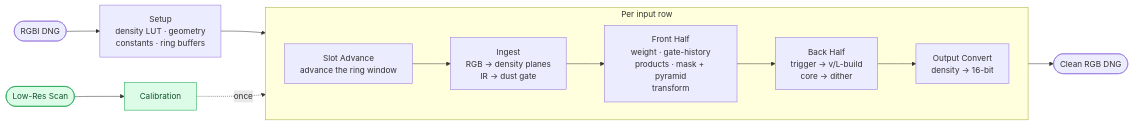
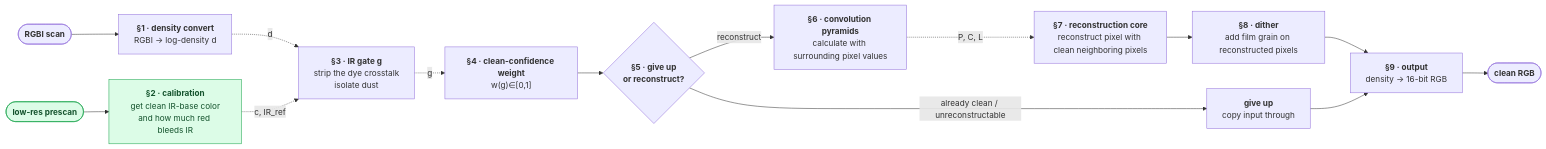
One commit to a6o/openICE changed the diagram in README.md. Above: the diagram before and after it, drawn with Mermaid. The commit also changed other lines of this file and 2 other files, not shown here.

````diff
--- a/README.md
+++ b/README.md
@@ -89,20 +99,19 @@
 ```mermaid
 flowchart LR
-    IN(["RGBI DNG"]) --> SET["Setup<br/>density LUT · geometry<br/>constants · ring buffers"]
-    SET --> SA
+  RAW(["<b>RGBI scan</b>"]) --> D["<b>§1 · density convert</b><br/>RGBI → log-density d"]
+  LOW(["<b>low-res prescan</b>"]) --> CAL["<b>§2 · calibration</b><br/>get clean IR-base color<br/>and how much red bleeds IR"]
+  D -. "d" .-> G["<b>§3 · IR gate g</b><br/>strip the dye crosstalk<br/>isolate dust"]
+  CAL -. "c, IR_ref" .-> G
+  G -. "g" .-> W["<b>§4 · clean-confidence weight</b><br/>w(g)∈[0,1]"]
+  W --> DEC{"<b>§5 · give up<br/>or reconstruct?</b>"}
+  DEC -->|"already clean / unreconstructable"| CP["<b>give up</b><br/>copy input through"]
+  DEC -->|reconstruct| P["<b>§6 · convolution pyramids</b><br/>calculate with surrounding pixel values"]
+  P -. "P, C, L" .-> CORE["<b>§7 · reconstruction core</b><br/>reconstruct pixel with clean neighboring pixels"]
+  CORE --> DI["<b>§8 · dither</b><br/>add film grain on reconstructed pixels"]
+  DI --> O["<b>§9 · output</b><br/>density → 16-bit RGB"]
+  CP --> O
+  O --> RES(["<b>clean RGB</b>"])
 
-    LOW(["Low-Res Scan"]) --> CAL["Calibration"]
-    CAL -. once .-> ING
-
-    subgraph per_input_row [Per input row]
-      direction LR
-      SA["Slot Advance<br/>advance the ring window"] --> ING["Ingest<br/>RGB → density planes<br/>IR → dust gate"]
-      ING --> FR["Front Half<br/>weight · gate-history<br/>products · mask + pyramid<br/>transform"]
-      FR --> BK["Back Half<br/>trigger → v/L-build<br/>core → dither"]
-      BK --> OC["Output Convert<br/>density → 16-bit"]
-    end
-    OC --> OUT(["Clean RGB DNG"])
-
-    classDef calib fill:#dcfce7,stroke:#16a34a,color:#14532d;
-    class LOW,CAL calib;
+  classDef calib fill:#dcfce7,stroke:#16a34a,color:#14532d;
+  class LOW,CAL calib;
 ```
````
